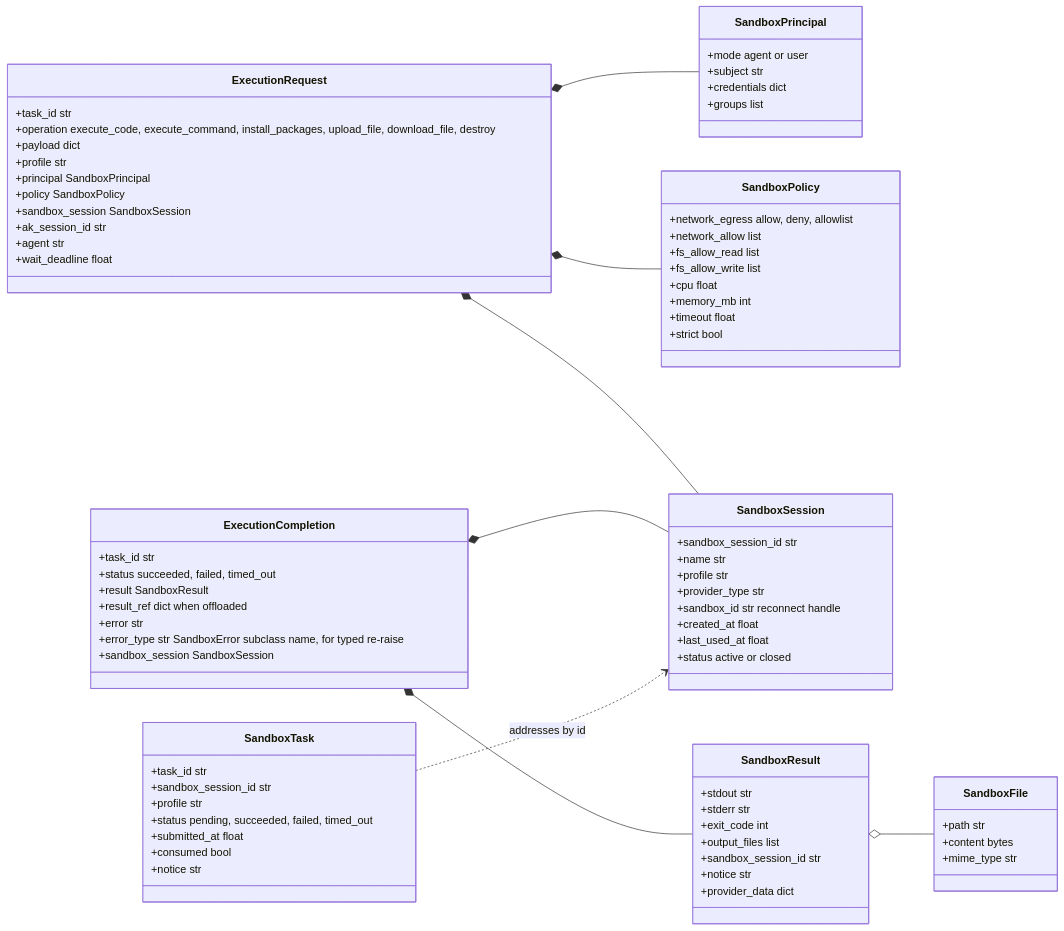
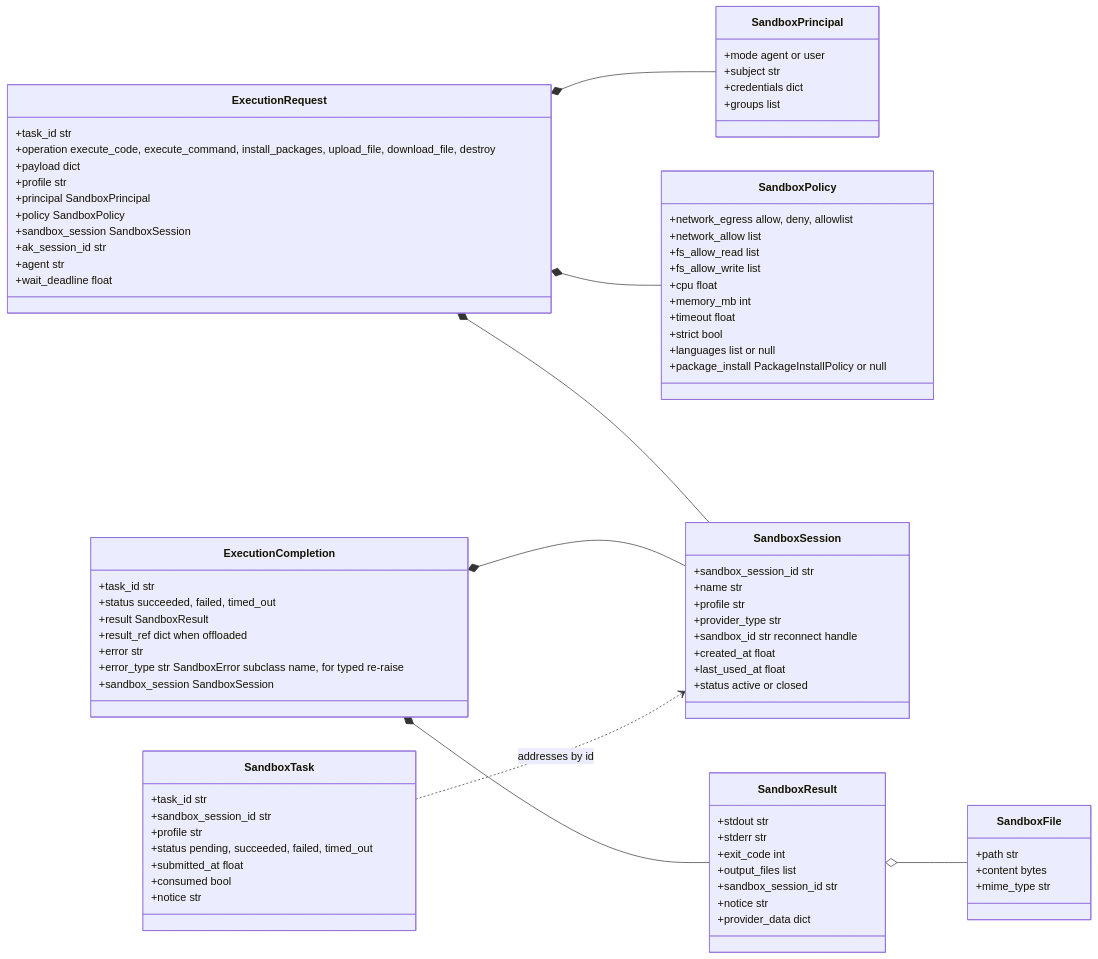
Before and after one commit to yaalalabs/agent-kernel: the fourth of 9 diagrams in docs/docs/architecture/sandbox-internals.md, drawn with Mermaid. The commit also changed other lines of this file and 26 other files, not shown here.

```diff
--- a/docs/docs/architecture/sandbox-internals.md
+++ b/docs/docs/architecture/sandbox-internals.md
@@ -306,6 +310,8 @@
         +memory_mb int
         +timeout float
         +strict bool
+        +languages list or null
+        +package_install PackageInstallPolicy or null
     }
     class SandboxSession {
         +sandbox_session_id str
```
